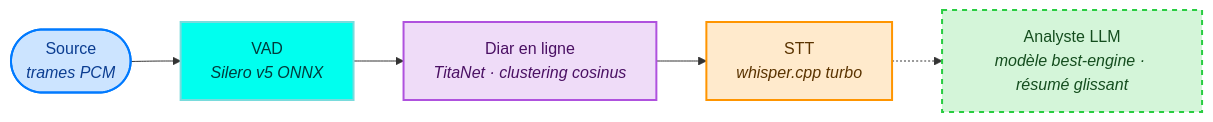
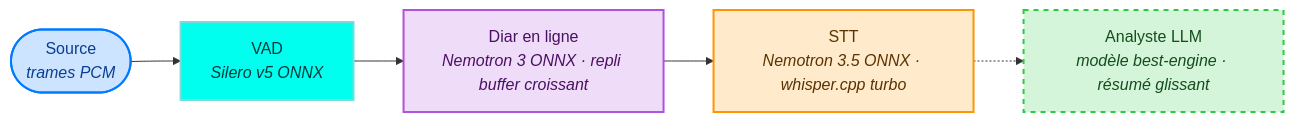
The first of 2 diagrams in LISEZMOI.md (warith-harchaoui/vocal-helper), drawn with Mermaid before and after one commit. The commit also changed other lines of this file and 11 other files, not shown here.

````diff
--- a/LISEZMOI.md
+++ b/LISEZMOI.md
@@ -74,14 +74,14 @@
 ```mermaid
 flowchart LR
     S([Source<br/><i>trames PCM</i>]):::source
       --> V[VAD<br/><i>Silero v5 ONNX</i>]:::vad
-      --> D[Diar en ligne<br/><i>TitaNet · clustering cosinus</i>]:::diar
-      --> A[STT<br/><i>whisper.cpp turbo</i>]:::asr
+      --> D[Diar en ligne<br/><i>Nemotron 3 ONNX · repli buffer croissant</i>]:::diar
+      --> A[STT<br/><i>Nemotron 3.5 ONNX · whisper.cpp turbo</i>]:::asr
       -.-> L[Analyste LLM<br/><i>modèle best-engine · résumé glissant</i>]:::llm
 
     classDef source fill:#CCE4FF,stroke:#007AFF,stroke-width:2px,color:#0b3d91
     classDef vad    fill:#00ffef,stroke:#79dbdc,stroke-width:2px,color:#003b3c
     classDef diar   fill:#EFDCF8,stroke:#AF52DE,stroke-width:2px,color:#4a1063
     classDef asr    fill:#FFEACC,stroke:#FF9500,stroke-width:2px,color:#5a3300
     classDef llm    fill:#D4F5D9,stroke:#28CD41,stroke-width:2px,color:#144d1e,stroke-dasharray: 5 5
 ```
````
